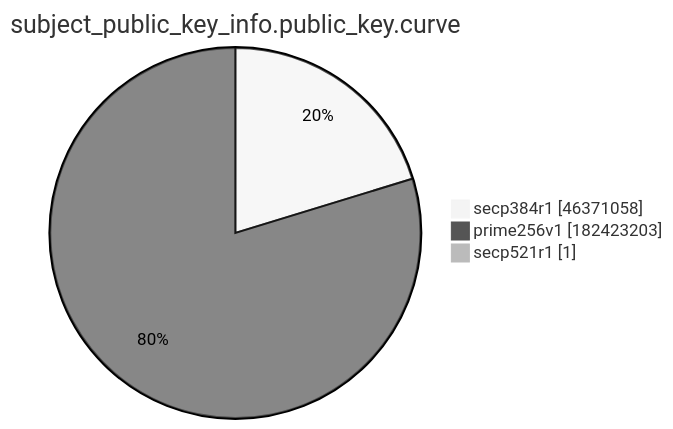
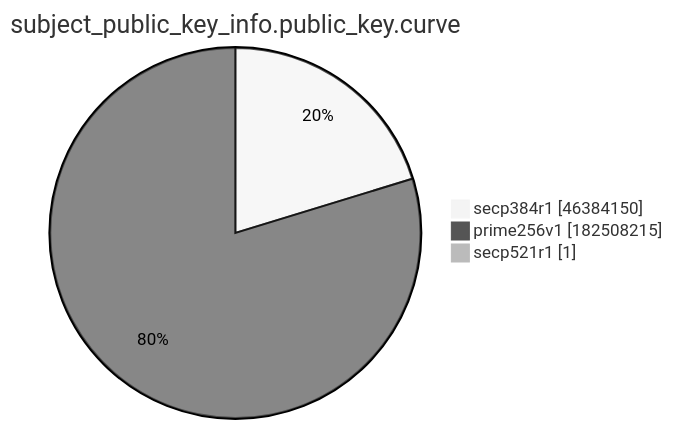
The ninth of 15 diagrams in xenon2022/README.md (christiankrug/ctmonitor_visualization), drawn with Mermaid (neutral theme) before and after one commit. The commit also changed other lines of this file, not shown here.

````diff
--- a/xenon2022/README.md
+++ b/xenon2022/README.md
@@ -2874,7 +2874,7 @@
 ```mermaid
 pie showData
 title subject_public_key_info.public_key.curve
-"secp384r1" :46371058
-"prime256v1" :182423203
+"secp384r1" :46384150
+"prime256v1" :182508215
 "secp521r1" :1
 ```
````
